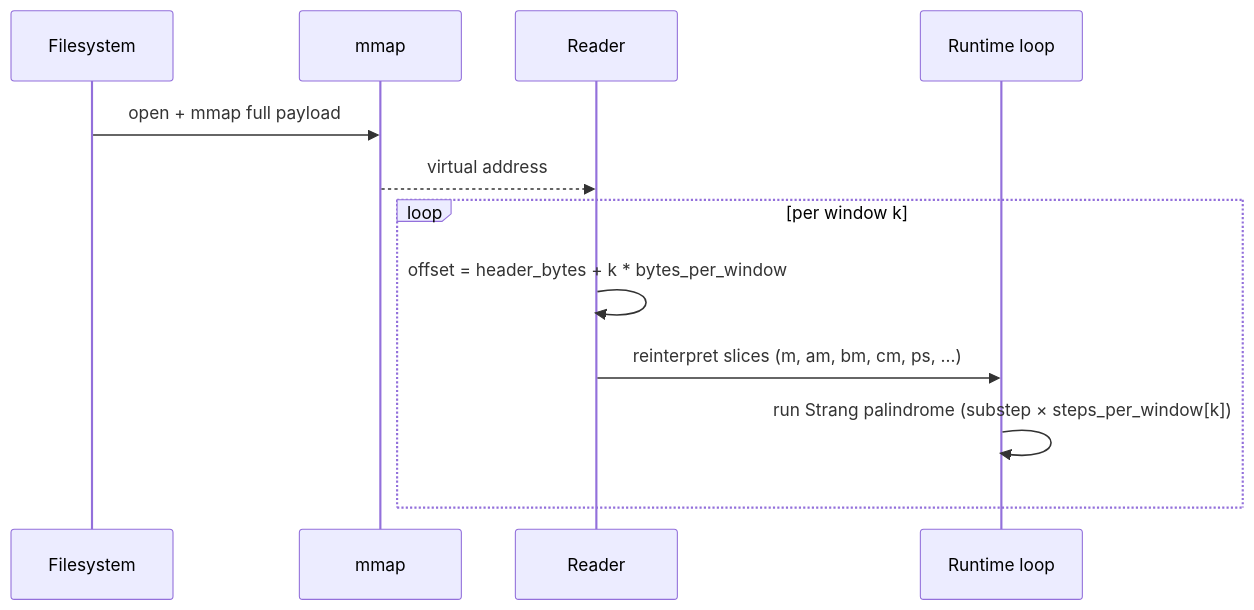
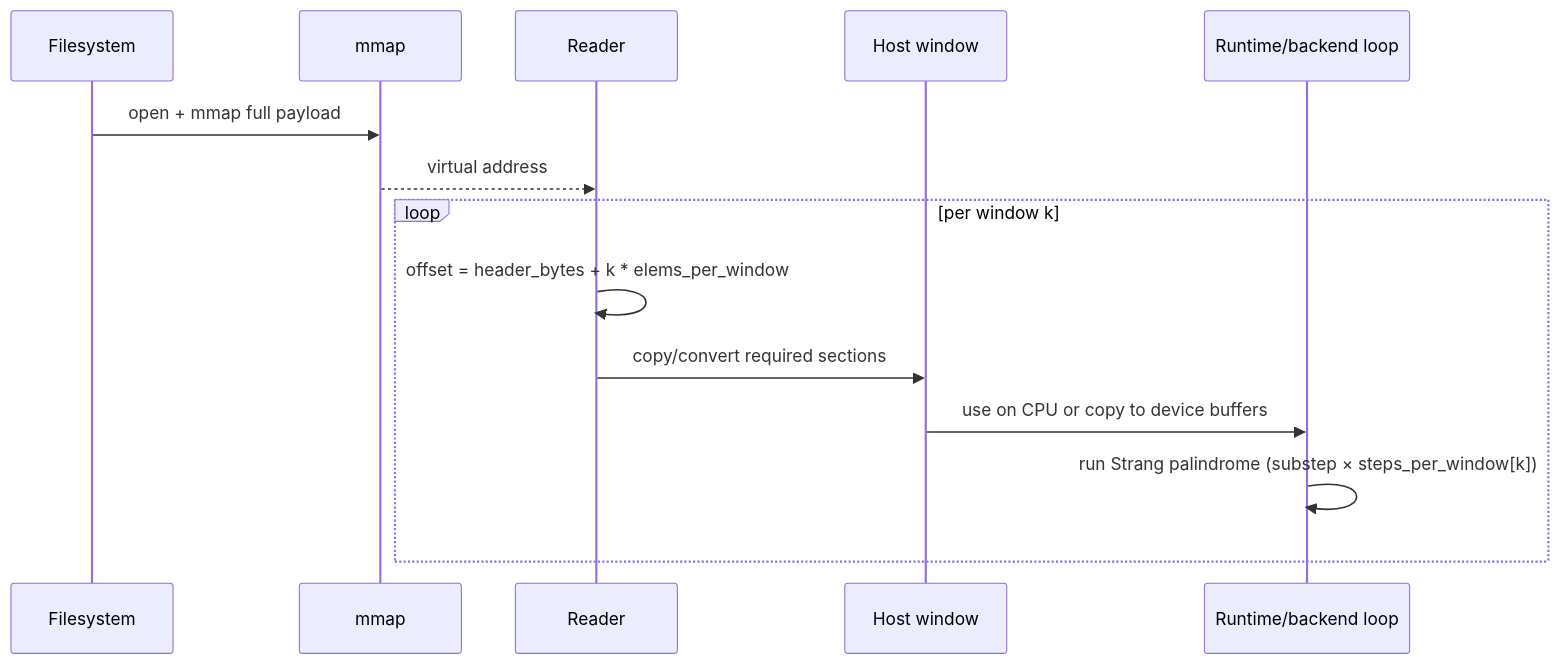
One commit to RemoteSensingTools/AtmosTransport changed the fourth of 4 diagrams in docs/src/for_tm5_gchp_users/binary_pipeline.md. Above: the diagram before and after it, drawn with Mermaid. The commit also changed other lines of this file and 119 other files, not shown here.

Commit message:
docs: rebuild newcomer manual for current architecture

````diff
--- a/docs/src/for_tm5_gchp_users/binary_pipeline.md
+++ b/docs/src/for_tm5_gchp_users/binary_pipeline.md
@@ -234,14 +224,16 @@
 ```mermaid
 sequenceDiagram
     participant FS as Filesystem
     participant MMAP as mmap
     participant RDR as Reader
-    participant RT as Runtime loop
+    participant HOST as Host window
+    participant RT as Runtime/backend loop
     FS->>MMAP: open + mmap full payload
     MMAP-->>RDR: virtual address
     loop per window k
-        RDR->>RDR: offset = header_bytes + k * bytes_per_window
-        RDR->>RT: reinterpret slices (m, am, bm, cm, ps, ...)
+        RDR->>RDR: offset = header_bytes + k * elems_per_window
+        RDR->>HOST: copy/convert required sections
+        HOST->>RT: use on CPU or copy to device buffers
         RT->>RT: run Strang palindrome (substep × steps_per_window[k])
     end
 ```
````
